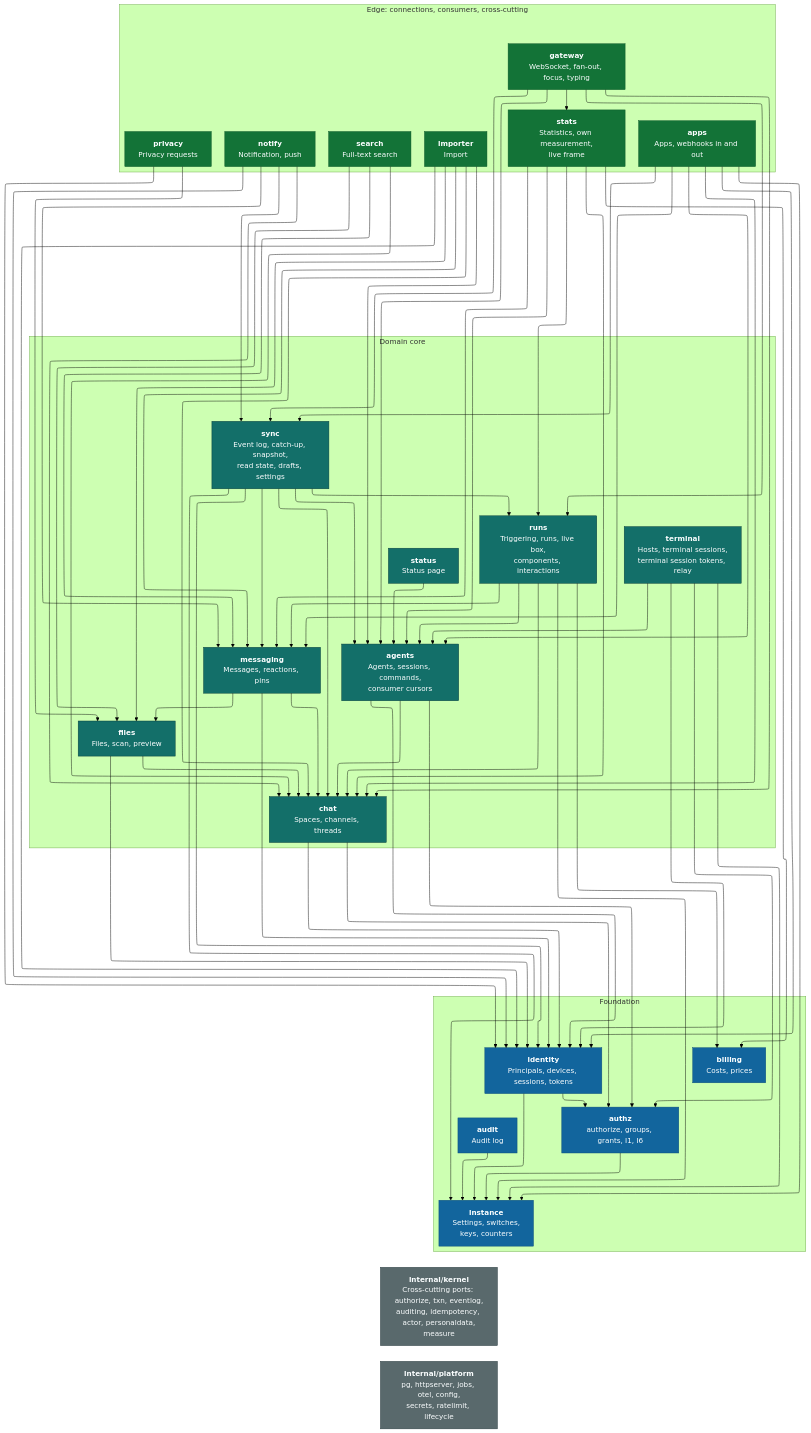
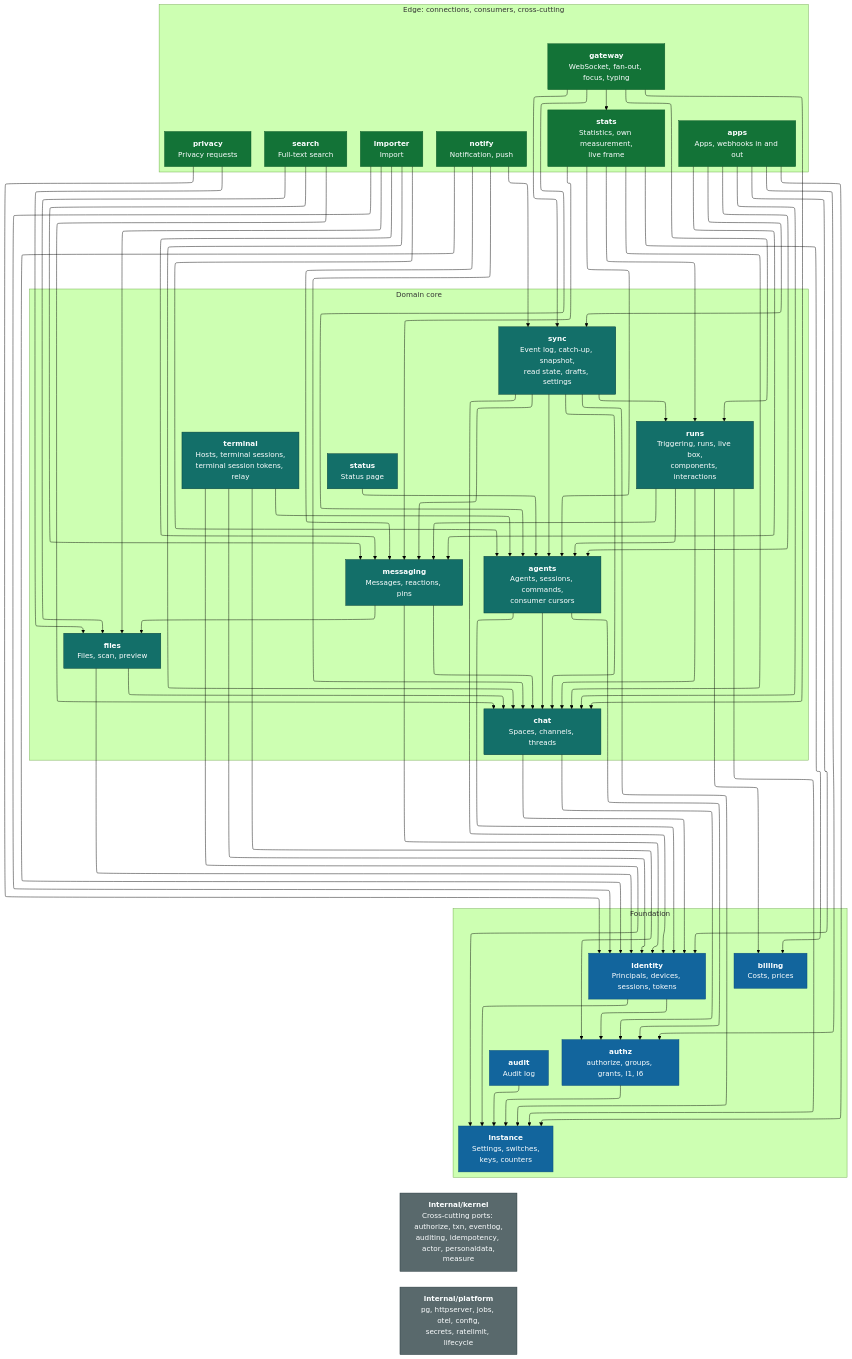
The diagram in docs/architecture/c4-3-server-components.mmd (mguttmann/bothy), drawn with Mermaid (forest theme) before and after one commit. The commit also changed 155 other files, not shown here.

```diff
--- a/docs/architecture/c4-3-server-components.mmd
+++ b/docs/architecture/c4-3-server-components.mmd
@@ -1,107 +1,108 @@
 ---
 config:
   layout: elk
 ---
 %% C4 level 3: components of the server = modules of the monolith.
 %% Arrow A --> B means: A may call the port of B (dependency table in 02-architecture.md, 4.4).
 %% All modules also use the cross-cutting ports from internal/kernel; these edges are not drawn.
 flowchart TB
   classDef top fill:#137337,stroke:#0c5828,color:#fbfeff
   classDef mid fill:#136f69,stroke:#063b38,color:#fbfeff
   classDef base fill:#12659d,stroke:#0b4d79,color:#fbfeff
   classDef shared fill:#59696c,stroke:#24363a,color:#fbfeff
 
   subgraph edge["Edge: connections, consumers, cross-cutting"]
     gateway["<b>gateway</b><br/>WebSocket, fan-out, focus, typing"]:::top
     notify["<b>notify</b><br/>Notification, push"]:::top
     apps["<b>apps</b><br/>Apps, webhooks in and out"]:::top
     stats["<b>stats</b><br/>Statistics, own measurement,<br/>live frame"]:::top
     privacy["<b>privacy</b><br/>Privacy requests"]:::top
     importer["<b>importer</b><br/>Import"]:::top
     search["<b>search</b><br/>Full-text search"]:::top
   end
 
   subgraph core["Domain core"]
     sync["<b>sync</b><br/>Event log, catch-up, snapshot,<br/>read state, drafts, settings"]:::mid
     runs["<b>runs</b><br/>Triggering, runs, live box,<br/>components, interactions"]:::mid
     messaging["<b>messaging</b><br/>Messages, reactions, pins"]:::mid
     status["<b>status</b><br/>Status page"]:::mid
     agents["<b>agents</b><br/>Agents, sessions, commands,<br/>consumer cursors"]:::mid
     files["<b>files</b><br/>Files, scan, preview"]:::mid
     chat["<b>chat</b><br/>Spaces, channels, threads"]:::mid
     terminal["<b>terminal</b><br/>Hosts, terminal sessions,<br/>terminal session tokens, relay"]:::mid
   end
 
   subgraph foundation["Foundation"]
     identity["<b>identity</b><br/>Principals, devices, sessions, tokens"]:::base
     authz["<b>authz</b><br/>authorize, groups, grants, I1, I6"]:::base
     audit["<b>audit</b><br/>Audit log"]:::base
     billing["<b>billing</b><br/>Costs, prices"]:::base
     instance["<b>instance</b><br/>Settings, switches,<br/>keys, counters"]:::base
   end
 
   kernel["<b>internal/kernel</b><br/>Cross-cutting ports: authorize, txn, eventlog,<br/>auditing, idempotency, actor, personaldata,<br/>measure"]:::shared
   platform["<b>internal/platform</b><br/>pg, httpserver, jobs, otel, config,<br/>secrets, ratelimit, lifecycle"]:::shared
 
   gateway --> chat
   gateway --> agents
   gateway --> runs
   gateway --> sync
   gateway --> stats
   notify --> identity
   notify --> chat
   notify --> messaging
   notify --> sync
   apps --> instance
   apps --> identity
+  apps --> authz
   apps --> chat
   apps --> agents
   apps --> messaging
   apps --> sync
   stats --> chat
   stats --> agents
   stats --> messaging
   stats --> runs
   stats --> billing
   privacy --> identity
   privacy --> files
   importer --> identity
   importer --> chat
   importer --> agents
   importer --> messaging
   importer --> files
   search --> chat
   search --> messaging
   search --> files
   sync --> instance
   sync --> identity
   sync --> chat
   sync --> agents
   sync --> messaging
   sync --> runs
   runs --> instance
   runs --> chat
   runs --> agents
   runs --> messaging
   runs --> billing
   messaging --> identity
   messaging --> chat
   messaging --> files
   status --> agents
   terminal --> instance
   terminal --> identity
   terminal --> authz
   terminal --> agents
   agents --> identity
   agents --> authz
   agents --> chat
   files --> identity
   files --> chat
   chat --> identity
   chat --> authz
   identity --> instance
   identity --> authz
   authz --> instance
   audit --> instance
   foundation ~~~ kernel
   kernel ~~~ platform
```
